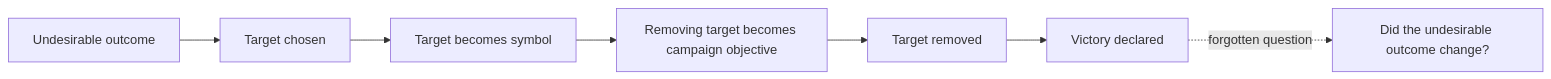
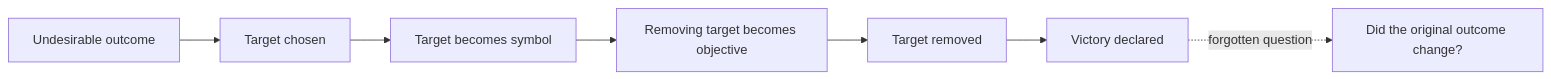
The ninth of 12 diagrams in 🌑_1_Origin_Points/🪿_Embodied_Information_Ecology/♻️_Cybernetics/🌀_absorption_and_selective_sacrifice.md (josefsbreakfast/Polaris-Protocol), drawn with Mermaid before and after one commit. The commit also changed other lines of this file, not shown here.

````diff
--- a/🌑_1_Origin_Points/🪿_Embodied_Information_Ecology/♻️_Cybernetics/🌀_absorption_and_selective_sacrifice.md
+++ b/🌑_1_Origin_Points/🪿_Embodied_Information_Ecology/♻️_Cybernetics/🌀_absorption_and_selective_sacrifice.md
@@ -370,11 +360,11 @@
 ```mermaid
 flowchart LR
     A[Undesirable outcome]
     --> B[Target chosen]
     --> C[Target becomes symbol]
-    --> D[Removing target becomes campaign objective]
+    --> D[Removing target becomes objective]
     --> E[Target removed]
     --> F[Victory declared]
 
-    F -. forgotten question .-> G[Did the undesirable outcome change?]
+    F -. forgotten question .-> G[Did the original outcome change?]
 ```
````
